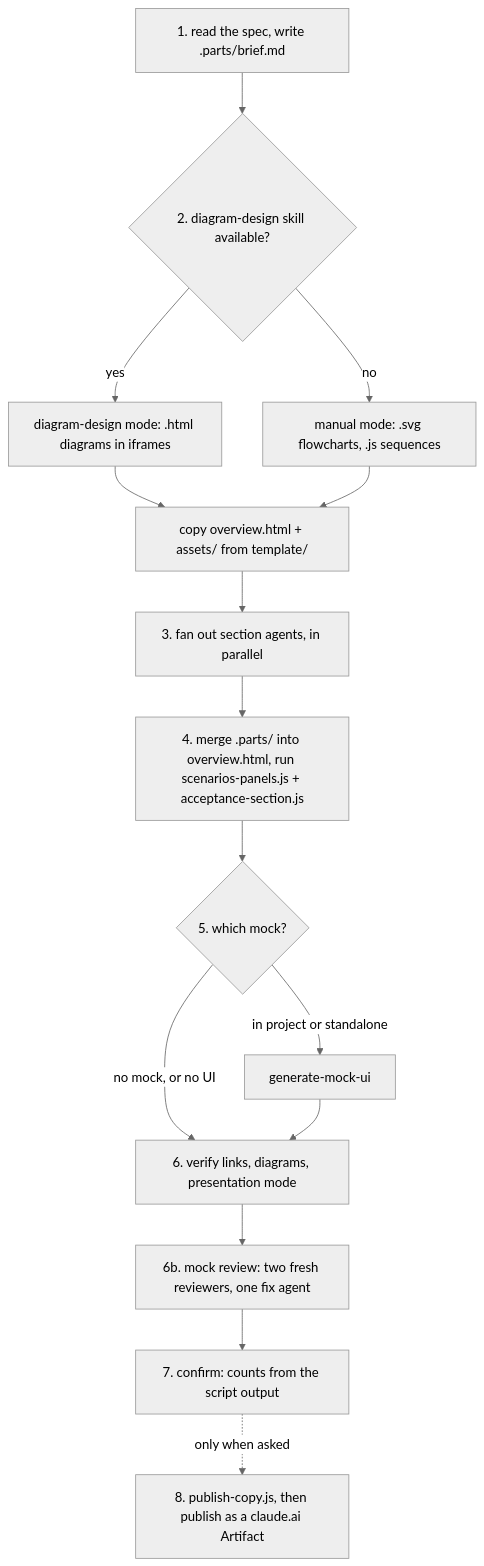
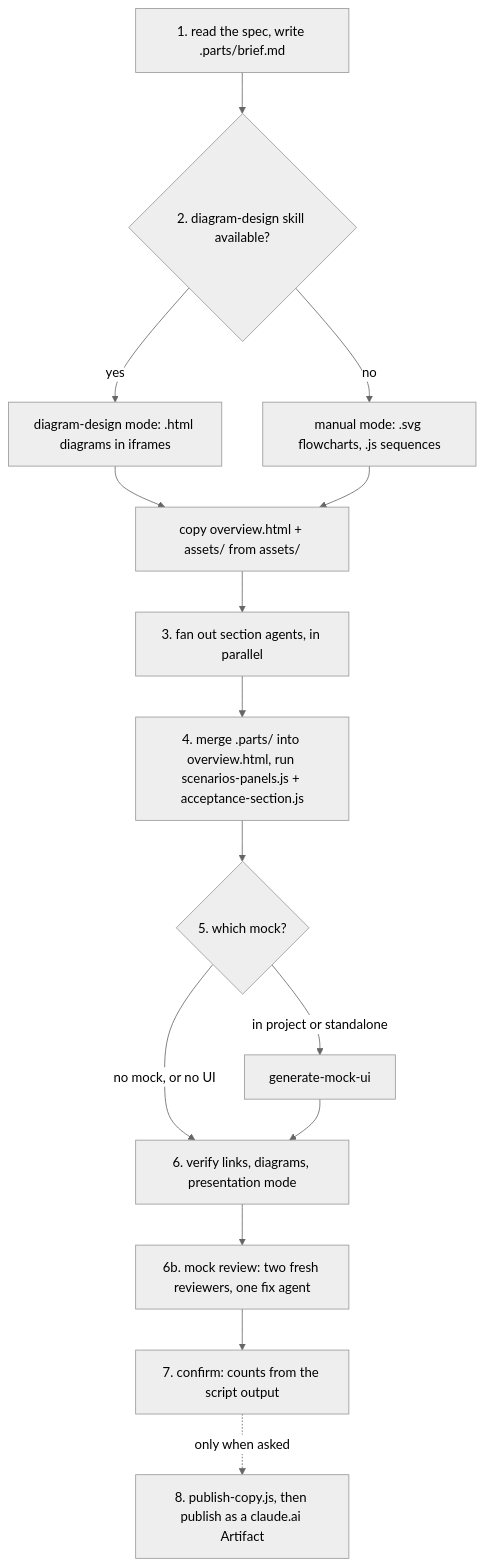
One commit to naphatwx/naphatwx-tools changed the first of 3 diagrams in plugins/naphatwx-tools/skills/design-feature/README.md. Above: the diagram before and after it, drawn with Mermaid (neutral theme). The commit also changed other lines of this file and 114 other files, not shown here.

````diff
--- a/plugins/naphatwx-tools/skills/design-feature/README.md
+++ b/plugins/naphatwx-tools/skills/design-feature/README.md
@@ -25,17 +25,17 @@
 ```mermaid
 graph TD
     S1["1. read the spec, write .parts/brief.md"] --> S2{"2. diagram-design skill available?"}
     S2 -->|yes| M1["diagram-design mode: .html diagrams in iframes"]
     S2 -->|no| M2["manual mode: .svg flowcharts, .js sequences"]
-    M1 --> CP[copy overview.html + assets/ from template/]
+    M1 --> CP[copy overview.html + assets/ from assets/]
     M2 --> CP
     CP --> S3[3. fan out section agents, in parallel]
     S3 --> S4["4. merge .parts/ into overview.html, run scenarios-panels.js + acceptance-section.js"]
     S4 --> S5{"5. which mock?"}
     S5 -->|in project or standalone| GM[generate-mock-ui]
     S5 -->|no mock, or no UI| S6
     GM --> S6[6. verify links, diagrams, presentation mode]
     S6 --> S6b["6b. mock review: two fresh reviewers, one fix agent"]
     S6b --> S7[7. confirm: counts from the script output]
     S7 -.->|only when asked| S8["8. publish-copy.js, then publish as a claude.ai Artifact"]
 ```
````
